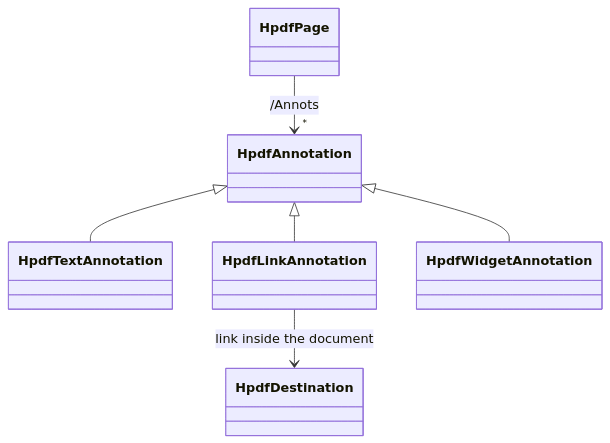
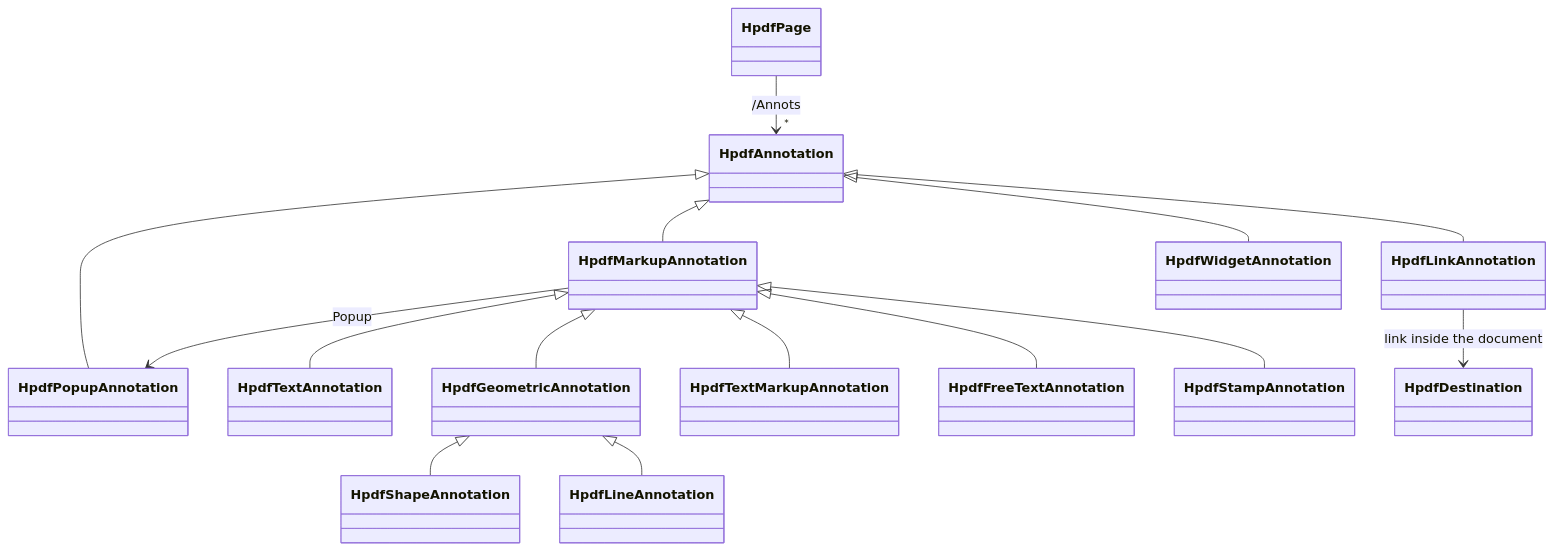
Before and after one commit to nikolaygekht/haru-net-full-port: the diagram in docs/guides/AnnotationsGuide.md, drawn with Mermaid. The commit also changed other lines of this file and 35 other files, not shown here.

````diff
--- a/docs/guides/AnnotationsGuide.md
+++ b/docs/guides/AnnotationsGuide.md
@@ -26,8 +34,17 @@
 ```mermaid
 classDiagram
     HpdfPage --> "*" HpdfAnnotation : /Annots
-    HpdfAnnotation <|-- HpdfTextAnnotation
     HpdfAnnotation <|-- HpdfLinkAnnotation
+    HpdfAnnotation <|-- HpdfMarkupAnnotation
+    HpdfAnnotation <|-- HpdfPopupAnnotation
     HpdfAnnotation <|-- HpdfWidgetAnnotation
+    HpdfMarkupAnnotation <|-- HpdfTextAnnotation
+    HpdfMarkupAnnotation <|-- HpdfGeometricAnnotation
+    HpdfGeometricAnnotation <|-- HpdfShapeAnnotation
+    HpdfGeometricAnnotation <|-- HpdfLineAnnotation
+    HpdfMarkupAnnotation <|-- HpdfTextMarkupAnnotation
+    HpdfMarkupAnnotation <|-- HpdfFreeTextAnnotation
+    HpdfMarkupAnnotation <|-- HpdfStampAnnotation
+    HpdfMarkupAnnotation --> HpdfPopupAnnotation : Popup
     HpdfLinkAnnotation --> HpdfDestination : link inside the document
 ```
````
